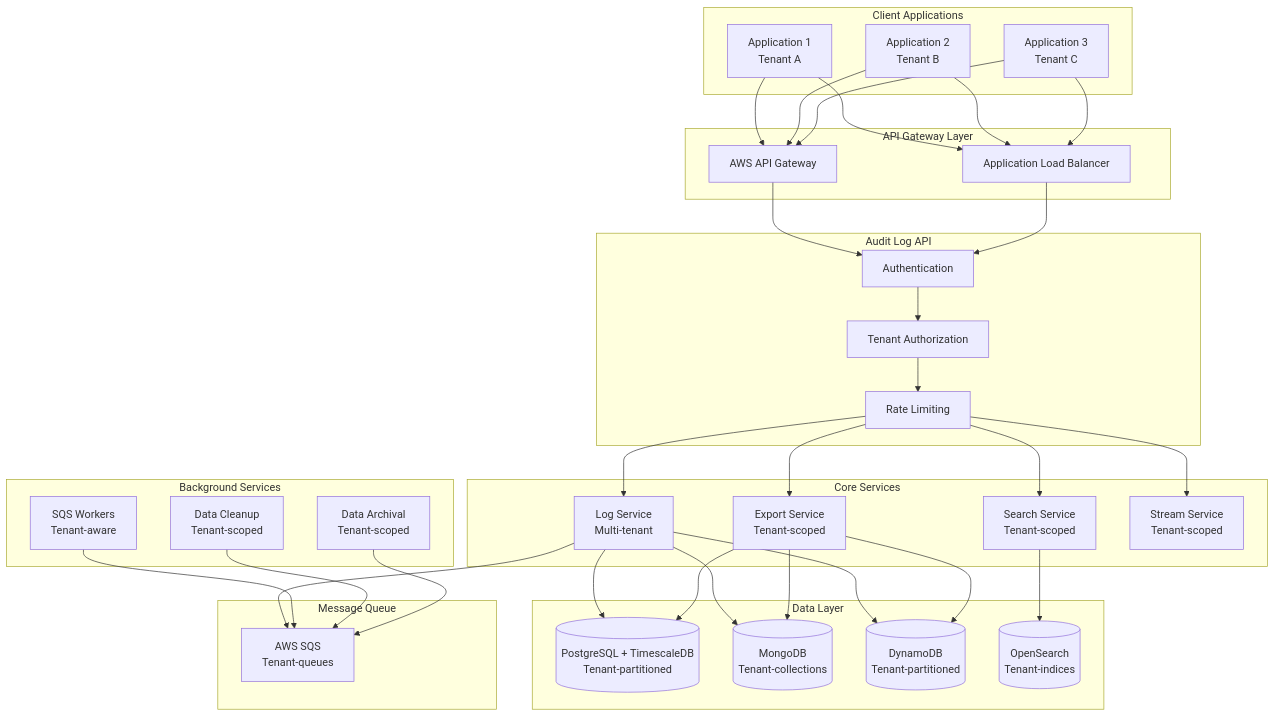
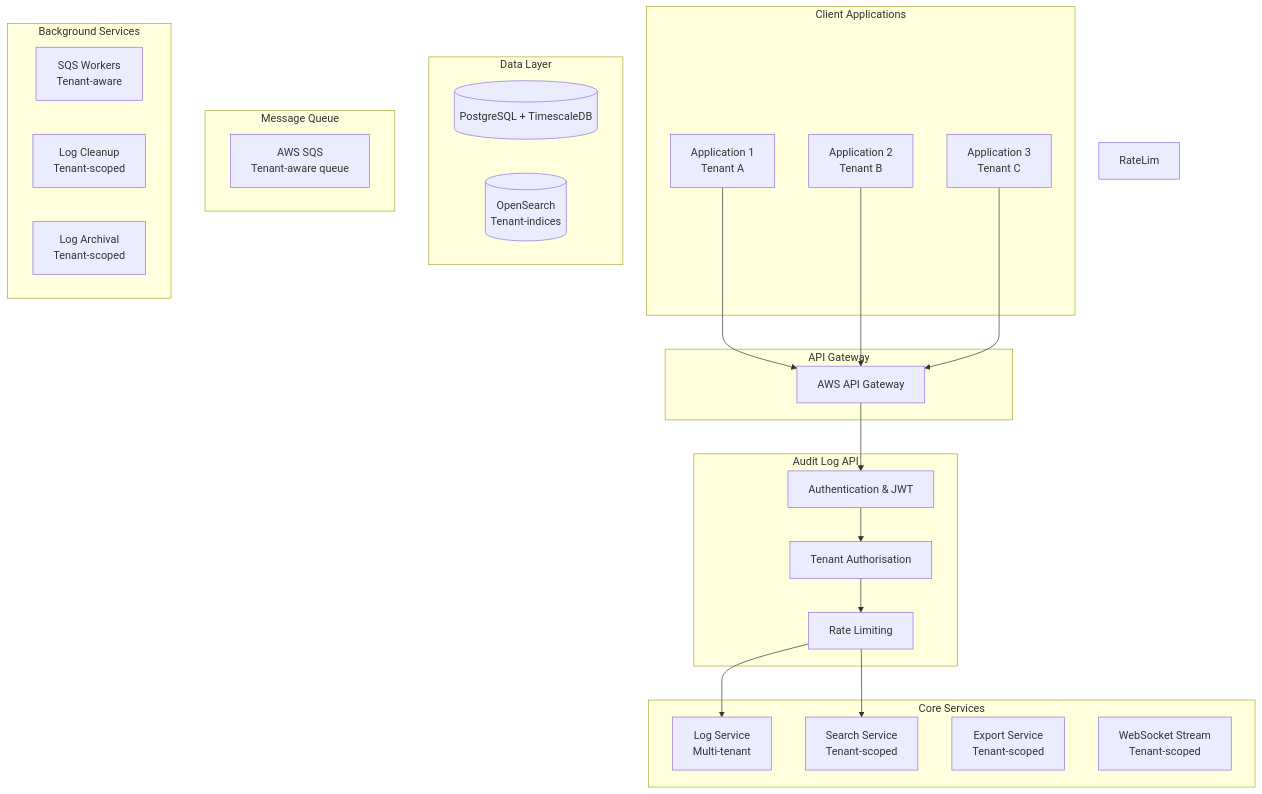
Before and after one commit to KC900201/audit_log_api: the diagram in README.md, drawn with Mermaid. The commit also changed other lines of this file and 2 other files, not shown here.

````diff
--- a/README.md
+++ b/README.md
@@ -35,72 +43,53 @@
 ```mermaid
 graph TB
     subgraph "Client Applications"
         App1[Application 1<br/>Tenant A]
         App2[Application 2<br/>Tenant B]
         App3[Application 3<br/>Tenant C]
     end
-    
-    subgraph "API Gateway Layer"
+
+    subgraph "API Gateway"
         APIGateway[AWS API Gateway]
-        ALB[Application Load Balancer]
     end
-    
+
     subgraph "Audit Log API"
-        Auth[Authentication]
-        TenantAuth[Tenant Authorization]
+        Auth[Authentication & JWT]
+        TenantAuth[Tenant Authorisation]
         RateLimit[Rate Limiting]
     end
-    
+
     subgraph "Core Services"
         LogService[Log Service<br/>Multi-tenant]
         SearchService[Search Service<br/>Tenant-scoped]
         ExportService[Export Service<br/>Tenant-scoped]
-        StreamService[Stream Service<br/>Tenant-scoped]
+        StreamService[WebSocket Stream<br/>Tenant-scoped]
     end
-    
+
     subgraph "Data Layer"
-        PostgreSQL[(PostgreSQL + TimescaleDB<br/>Tenant-partitioned)]
-        MongoDB[(MongoDB<br/>Tenant-collections)]
-        DynamoDB[(DynamoDB<br/>Tenant-partitioned)]
+        PostgreSQL[(PostgreSQL + TimescaleDB)]
         OpenSearch[(OpenSearch<br/>Tenant-indices)]
     end
-    
+
     subgraph "Message Queue"
-        SQS[AWS SQS<br/>Tenant-queues]
+        SQS[AWS SQS<br/>Tenant-aware queue]
     end
-    
+
     subgraph "Background Services"
         Workers[SQS Workers<br/>Tenant-aware]
-        Cleanup[Data Cleanup<br/>Tenant-scoped]
-        Archive[Data Archival<br/>Tenant-scoped]
+        Cleanup[Log Cleanup<br/>Tenant-scoped]
+        Archive[Log Archival<br/>Tenant-scoped]
     end
-    
+
+    %% Client to Gateway
     App1 --> APIGateway
-    App1 --> ALB
     App2 --> APIGateway
-    App2 --> ALB
     App3 --> APIGateway
-    App3 --> ALB
-    
+
+    %% Gateway flow
     APIGateway --> Auth
-    ALB --> Auth
     Auth --> TenantAuth
     TenantAuth --> RateLimit
     RateLimit --> LogService
     RateLimit --> SearchService
-    RateLimit --> ExportService
-    RateLimit --> StreamService
-    
-    LogService --> PostgreSQL
-    LogService --> MongoDB
-    LogService --> DynamoDB
-    SearchService --> OpenSearch
-    ExportService --> PostgreSQL
-    ExportService --> MongoDB
-    ExportService --> DynamoDB
-    
-    LogService --> SQS
-    Workers --> SQS
-    Cleanup --> SQS
-    Archive --> SQS
+    RateLim
 ```
````
